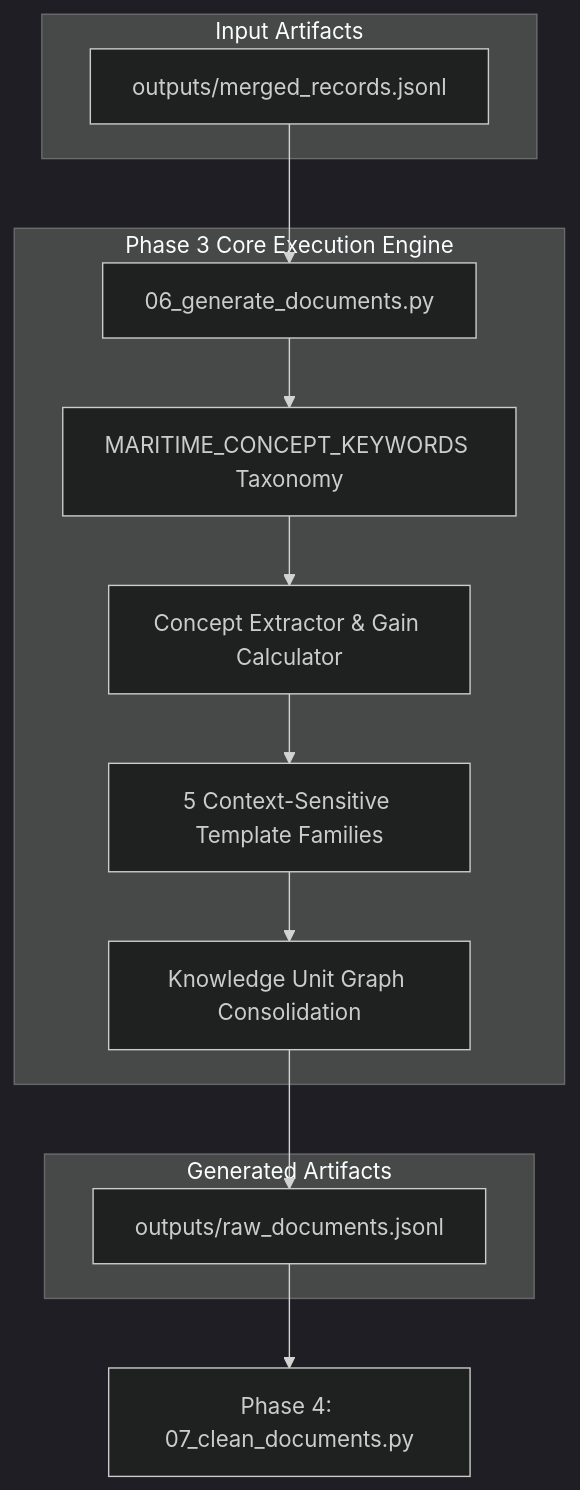
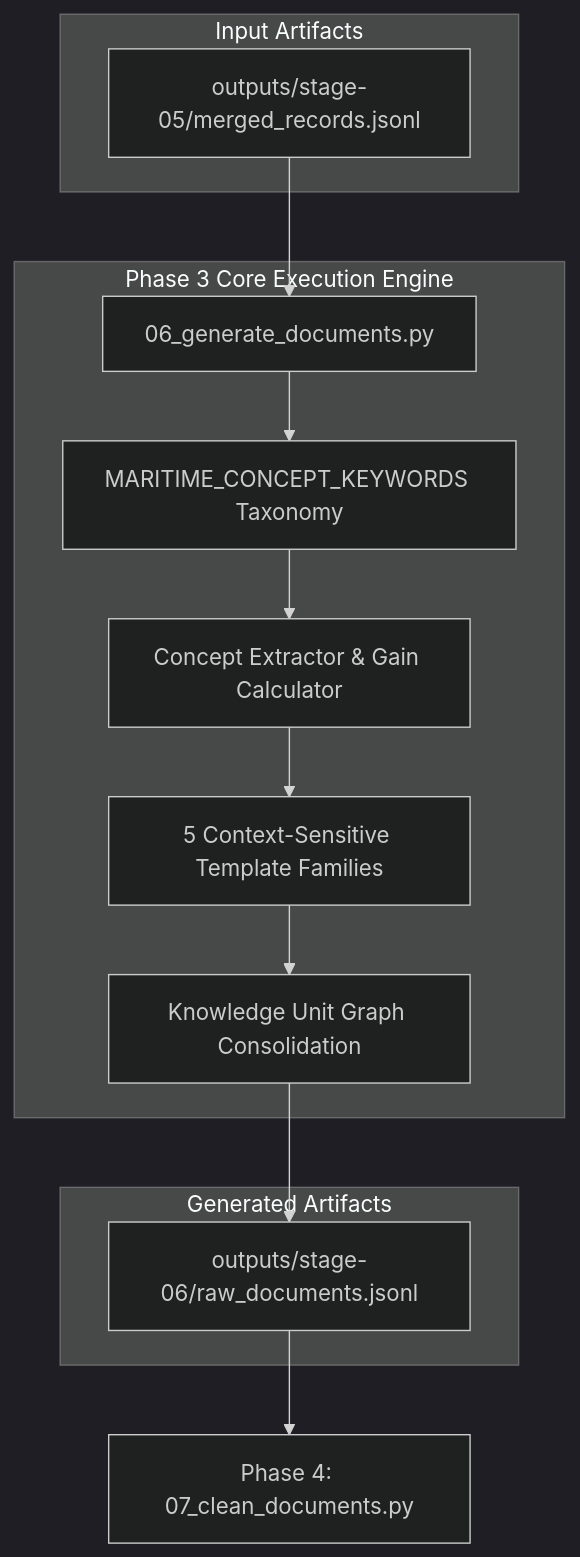
One commit to AbhishekYadav2207/TSBC-MaritimePipeline-PR changed the diagram in documentation/03_phase3_document_generation.md. Above: the diagram before and after it, drawn with Mermaid (dark theme). The commit also changed other lines of this file and 18 other files, not shown here.

````diff
--- a/documentation/03_phase3_document_generation.md
+++ b/documentation/03_phase3_document_generation.md
@@ -13,27 +13,27 @@
 ```mermaid
 flowchart TD
     subgraph Inputs ["Input Artifacts"]
-        MergedJSONL["outputs/merged_records.jsonl"]
+        MergedJSONL["outputs/stage-05/merged_records.jsonl"]
     end
 
     subgraph Processing ["Phase 3 Core Execution Engine"]
         S06["06_generate_documents.py"]
         Taxonomy["MARITIME_CONCEPT_KEYWORDS Taxonomy"]
         ConceptExtractor["Concept Extractor & Gain Calculator"]
         TemplateEngine["5 Context-Sensitive Template Families"]
         KUGraph["Knowledge Unit Graph Consolidation"]
     end
 
     subgraph Outputs ["Generated Artifacts"]
-        RawDocs["outputs/raw_documents.jsonl"]
+        RawDocs["outputs/stage-06/raw_documents.jsonl"]
     end
 
     MergedJSONL --> S06
     S06 --> Taxonomy
     Taxonomy --> ConceptExtractor
     ConceptExtractor --> TemplateEngine
     TemplateEngine --> KUGraph
     KUGraph --> RawDocs
 
     RawDocs --> NextPhase["Phase 4: 07_clean_documents.py"]
 ```
````
